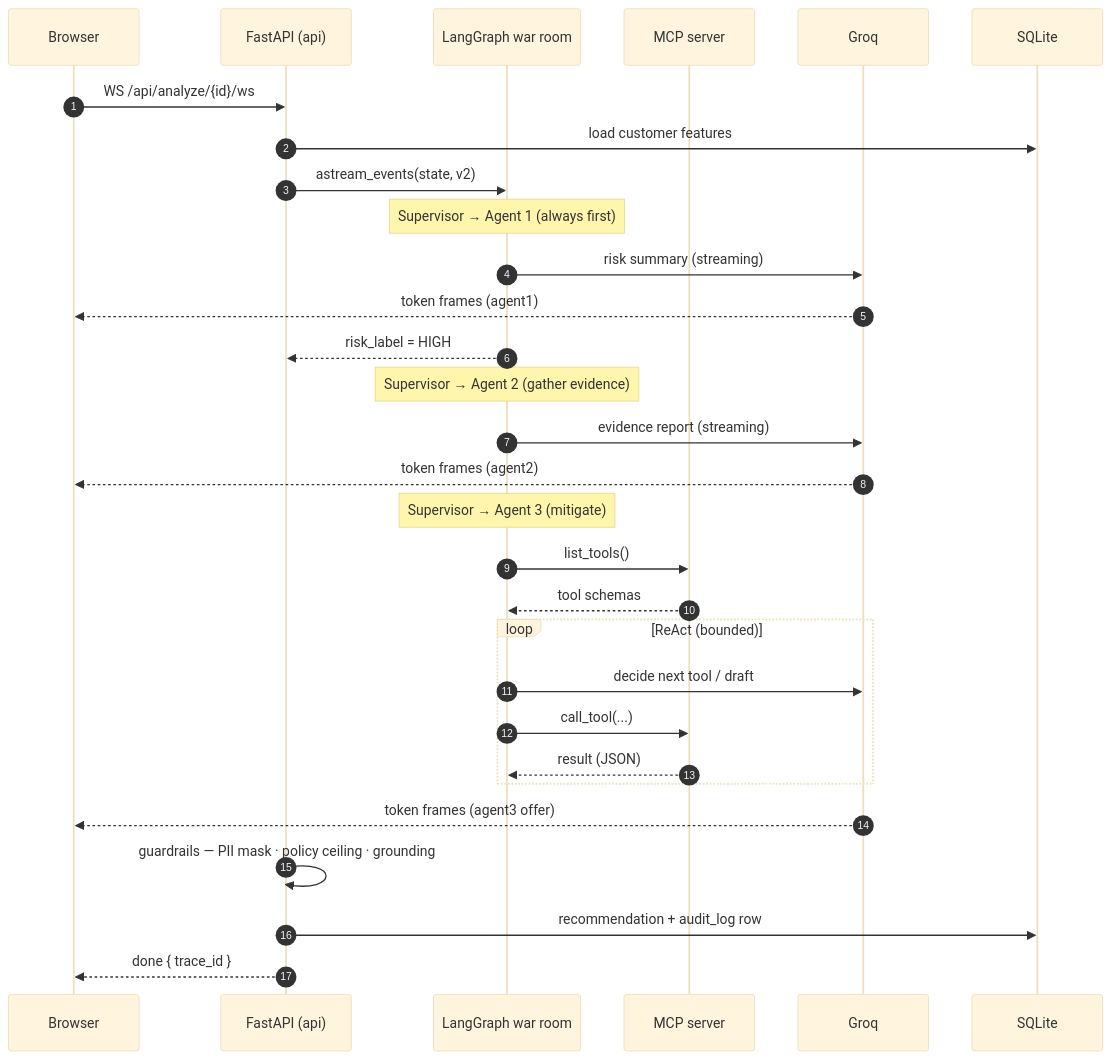
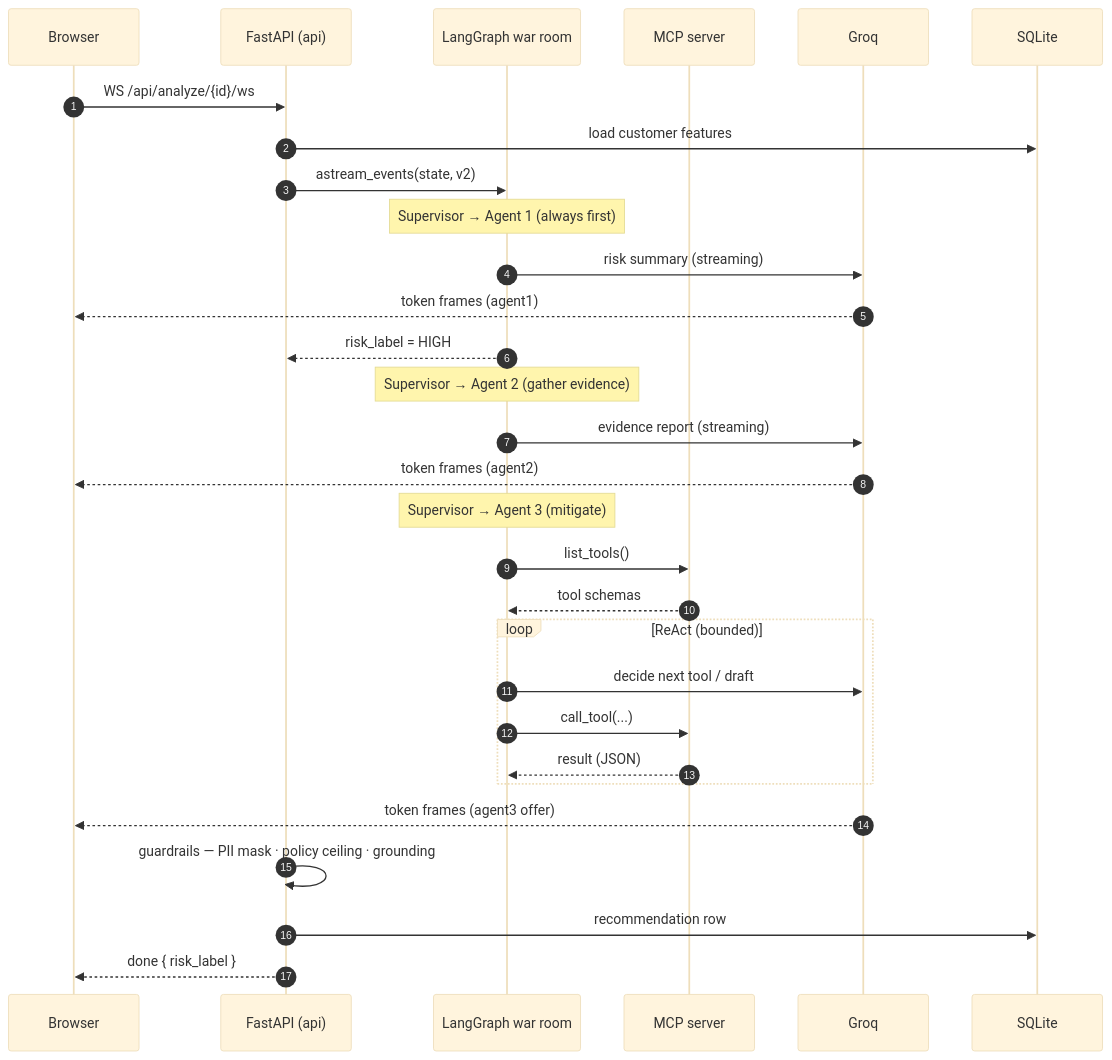
One commit to yuvaksc/churn-intelligence changed the first of 4 diagrams in docs/ARCHITECTURE.md. Above: the diagram before and after it, drawn with Mermaid (base theme). The commit also changed other lines of this file and 65 other files, not shown here.

````diff
--- a/docs/ARCHITECTURE.md
+++ b/docs/ARCHITECTURE.md
@@ -9,37 +9,37 @@
 ```mermaid
 sequenceDiagram
     autonumber
     participant U as Browser
     participant API as FastAPI (api)
     participant G as LangGraph war room
     participant MCP as MCP server
     participant LLM as Groq
     participant DB as SQLite
 
     U->>API: WS /api/analyze/{id}/ws
     API->>DB: load customer features
     API->>G: astream_events(state, v2)
 
     Note over G: Supervisor → Agent 1 (always first)
     G->>LLM: risk summary (streaming)
     LLM-->>U: token frames (agent1)
     G-->>API: risk_label = HIGH
 
     Note over G: Supervisor → Agent 2 (gather evidence)
     G->>LLM: evidence report (streaming)
     LLM-->>U: token frames (agent2)
 
     Note over G: Supervisor → Agent 3 (mitigate)
     G->>MCP: list_tools()
     MCP-->>G: tool schemas
     loop ReAct (bounded)
         G->>LLM: decide next tool / draft
         G->>MCP: call_tool(...)
         MCP-->>G: result (JSON)
     end
     LLM-->>U: token frames (agent3 offer)
 
     API->>API: guardrails — PII mask · policy ceiling · grounding
-    API->>DB: recommendation + audit_log row
-    API-->>U: done { trace_id }
+    API->>DB: recommendation row
+    API-->>U: done { risk_label }
 ```
````
